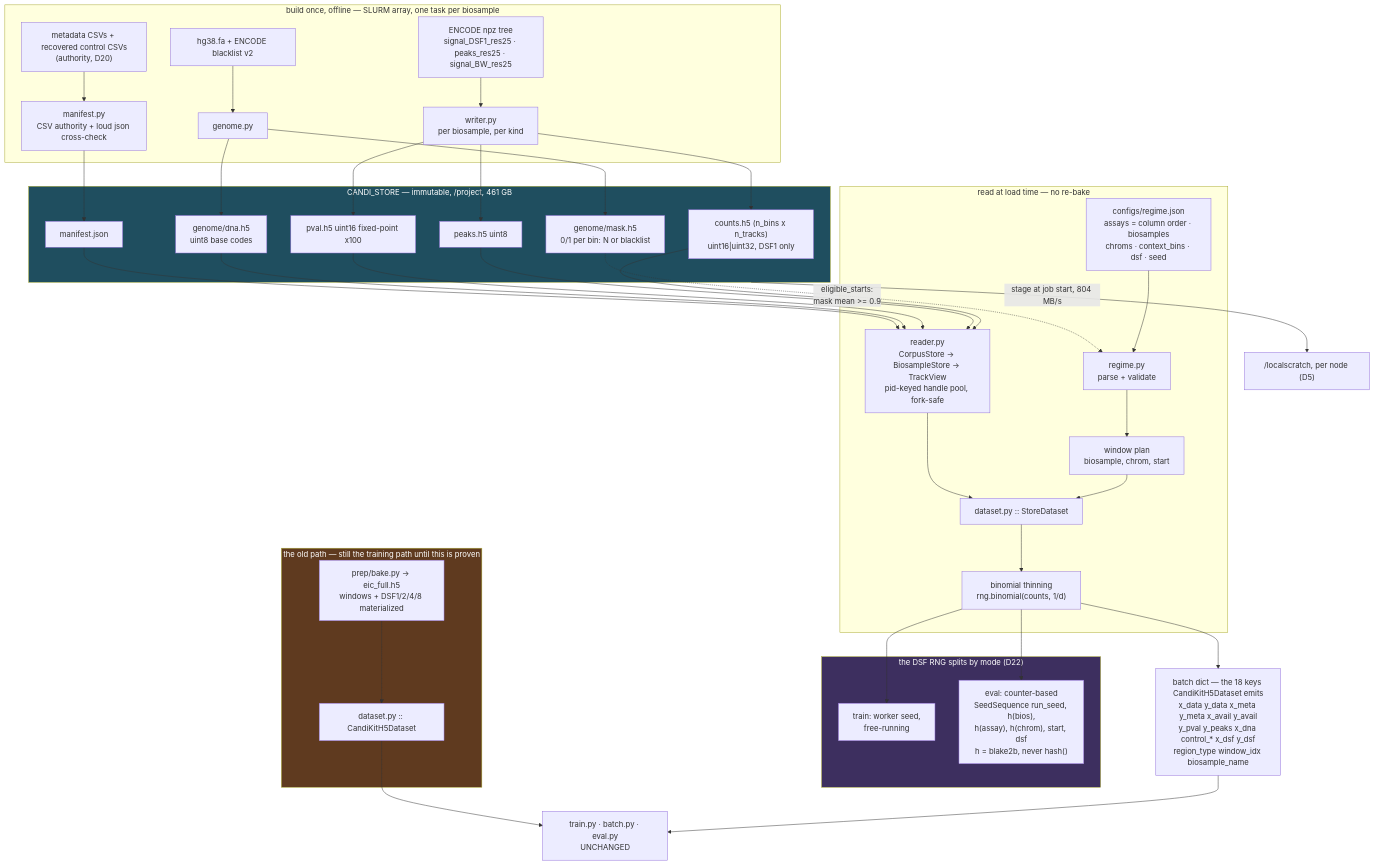
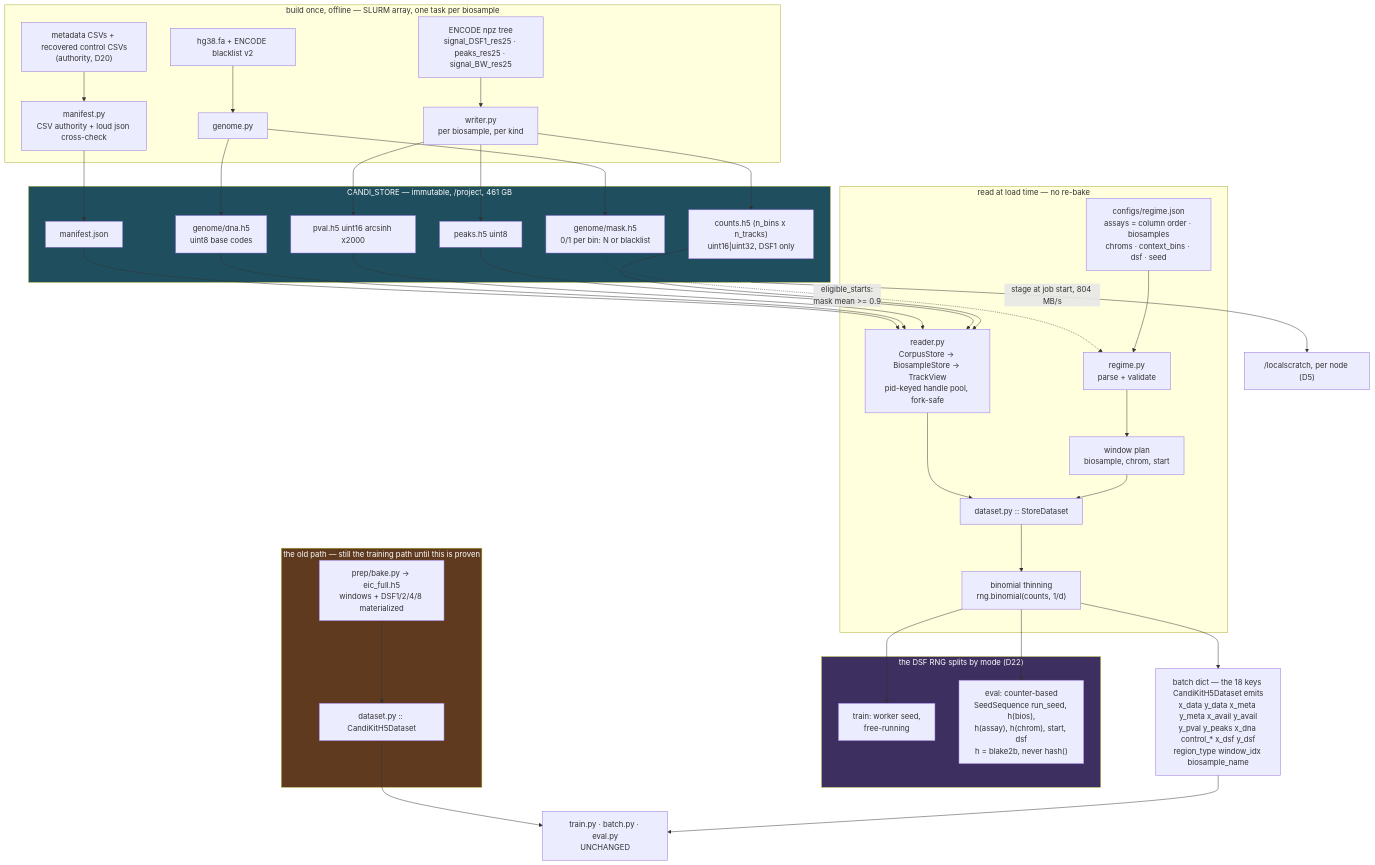
One commit to mehdiforoozandeh/CANDII changed the diagram in STORE.md. Above: the diagram before and after it, drawn with Mermaid. The commit also changed other lines of this file and 12 other files, not shown here.

````diff
--- a/STORE.md
+++ b/STORE.md
@@ -37,68 +37,68 @@
 ```mermaid
 flowchart TB
     subgraph BUILD["build once, offline — SLURM array, one task per biosample"]
         NPZ["ENCODE npz tree<br/>signal_DSF1_res25 · peaks_res25 · signal_BW_res25"]
         CSV["metadata CSVs + recovered control CSVs<br/>(authority, D20)"]
         FA["hg38.fa + ENCODE blacklist v2"]
         NPZ --> W["writer.py<br/>per biosample, per kind"]
         CSV --> M["manifest.py<br/>CSV authority + loud json cross-check"]
         FA --> G["genome.py"]
     end
 
     subgraph STORE["CANDI_STORE — immutable, /project, 461 GB"]
         CH["counts.h5 (n_bins x n_tracks)<br/>uint16|uint32, DSF1 only"]
         PH["peaks.h5 uint8"]
-        VH["pval.h5 uint16 fixed-point x100"]
+        VH["pval.h5 uint16 arcsinh x2000"]
         MJ["manifest.json"]
         DNA["genome/dna.h5<br/>uint8 base codes"]
         MSK["genome/mask.h5<br/>0/1 per bin: N or blacklist"]
     end
 
     W --> CH
     W --> PH
     W --> VH
     M --> MJ
     G --> DNA
     G --> MSK
 
     STORE -->|"stage at job start, 804 MB/s"| LS["/localscratch, per node (D5)"]
 
     subgraph LOAD["read at load time — no re-bake"]
         RG["configs/regime.json<br/>assays = column order · biosamples<br/>chroms · context_bins · dsf · seed"]
         RG --> RP["regime.py<br/>parse + validate"]
         MSK -.->|"eligible_starts:<br/>mask mean >= 0.9"| RP
         RP --> WP["window plan<br/>biosample, chrom, start"]
 
         RD["reader.py<br/>CorpusStore -> BiosampleStore -> TrackView<br/>pid-keyed handle pool, fork-safe"]
         CH --> RD
         PH --> RD
         VH --> RD
         DNA --> RD
         MJ --> RD
 
         WP --> DS["dataset.py :: StoreDataset"]
         RD --> DS
         DS --> TH["binomial thinning<br/>rng.binomial(counts, 1/d)"]
     end
 
     subgraph RNG["the DSF RNG splits by mode (D22)"]
         TR["train: worker seed,<br/>free-running"]
         EV["eval: counter-based<br/>SeedSequence run_seed, h(bios),<br/>h(assay), h(chrom), start, dsf<br/>h = blake2b, never hash()"]
     end
     TH --> TR
     TH --> EV
 
     TH --> B["batch dict — the 18 keys CandiKitH5Dataset emits<br/>x_data y_data x_meta y_meta x_avail y_avail<br/>y_pval y_peaks x_dna control_* x_dsf y_dsf<br/>region_type window_idx biosample_name"]
     B --> T["train.py · batch.py · eval.py<br/>UNCHANGED"]
 
     subgraph OLD["the old path — still the training path until this is proven"]
         OB["prep/bake.py -> eic_full.h5<br/>windows + DSF1/2/4/8 materialized"]
         OD["dataset.py :: CandiKitH5Dataset"]
         OB --> OD
     end
     OD --> T
 
     style STORE fill:#1f4e5f,color:#fff
     style OLD fill:#5f3a1f,color:#fff
     style RNG fill:#3d2f5f,color:#fff
 ```
````
